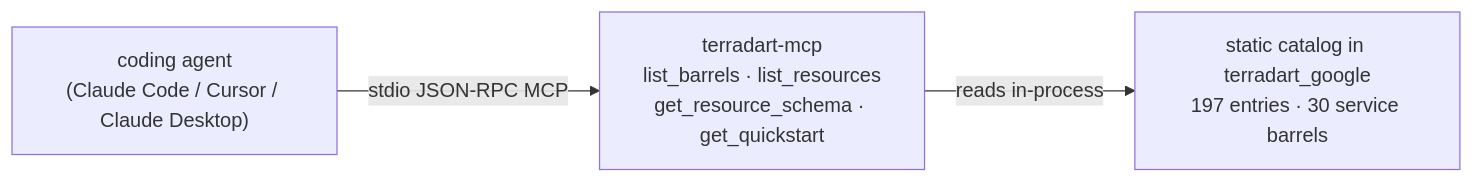
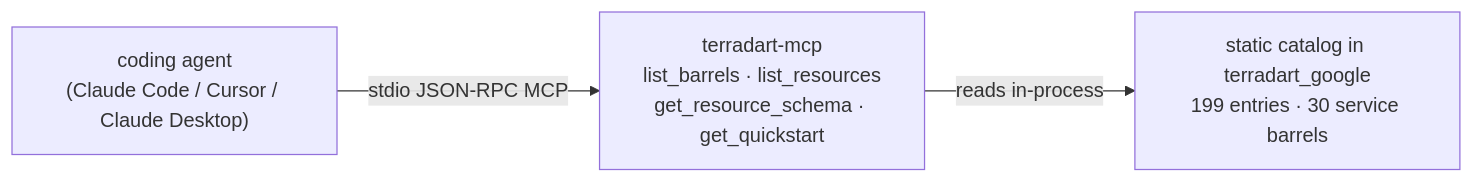
The diagram in website/src/content/docs/docs/agent/index.md (nozomi-koborinai/terradart), drawn with Mermaid before and after one commit. The commit also changed other lines of this file and 56 other files, not shown here.

````diff
--- a/website/src/content/docs/docs/agent/index.md
+++ b/website/src/content/docs/docs/agent/index.md
@@ -12,8 +12,8 @@
 ```mermaid
 graph LR
   agent["coding agent<br/>(Claude Code / Cursor / Claude Desktop)"]
   mcp["terradart-mcp<br/>list_barrels · list_resources<br/>get_resource_schema · get_quickstart"]
-  catalog["static catalog in terradart_google<br/>197 entries · 30 service barrels"]
+  catalog["static catalog in terradart_google<br/>199 entries · 30 service barrels"]
   agent -->|stdio JSON-RPC MCP| mcp
   mcp -->|reads in-process| catalog
 ```
````
